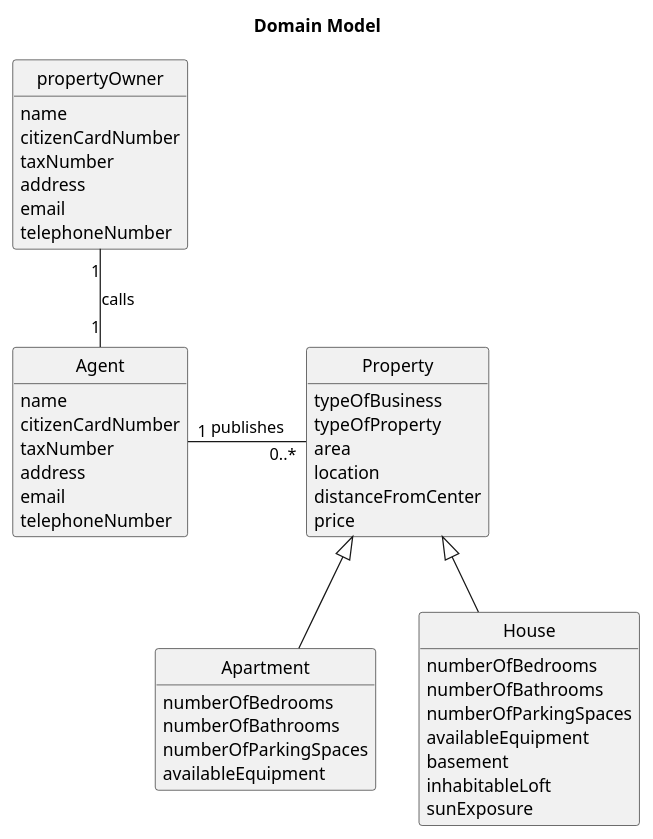
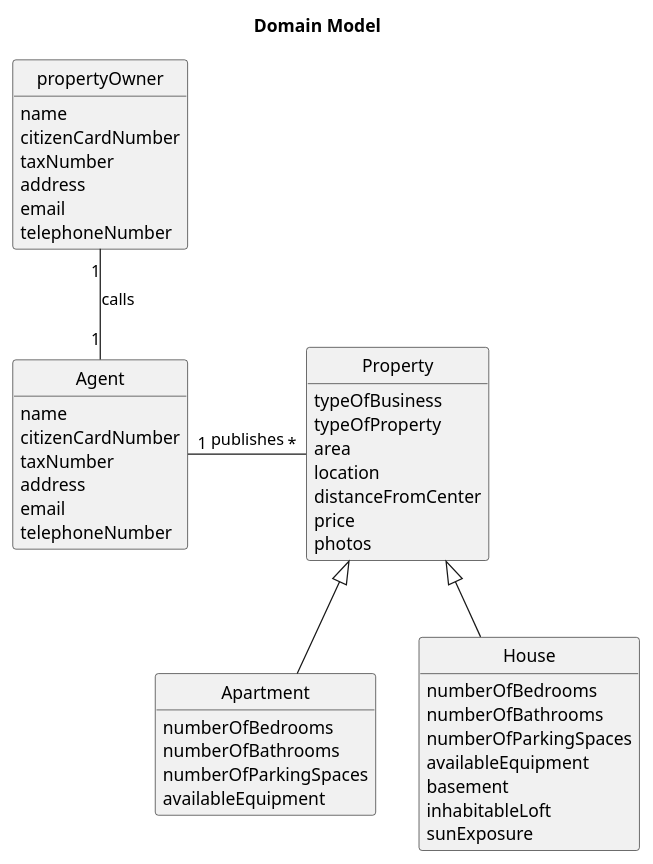
One commit to Goncalves2525/real-estate-management-system changed the diagram in docs/sprintA/us002/02.analysis/puml/us002-domain-model.puml. Above: the diagram before and after it, drawn with PlantUML. The commit also changed 1 other file, not shown here.

```diff
--- a/docs/sprintA/us002/02.analysis/puml/us002-domain-model.puml
+++ b/docs/sprintA/us002/02.analysis/puml/us002-domain-model.puml
@@ -1,80 +1,81 @@
 @startuml
 skinparam monochrome true
 skinparam packageStyle rectangle
 skinparam shadowing false
 skinparam classAttributeIconSize 0
 hide circle
 hide methods
 
 title Domain Model
 
 class propertyOwner {
     name
     citizenCardNumber
     taxNumber
     address
     email
     telephoneNumber
 }
 
 class Agent {
     name
     citizenCardNumber
     taxNumber
     address
     email
     telephoneNumber
 }
 
 'class Property{
 '    typeOfProperty
 '    area
 '    location
 '    distanceFromCityCentre
 '    requestedPrice
 '    photographs
 '    numberOfBedrooms
 '    numberOfBathrooms
 '    numberOfParkingSpaces
 '    availableEquipment
 '    hasBasement
 '    hasInhabitableLoft
 '    sunExposureValue
 '}
 
 class Property{
     typeOfBusiness
     typeOfProperty
     area
     location
     distanceFromCenter
     price
+    photos
 }
 
-class Apartment{
+class Apartment extends Property{
     numberOfBedrooms
     numberOfBathrooms
     numberOfParkingSpaces
     availableEquipment
 }
 
-class House{
+class House extends Property{
     numberOfBedrooms
     numberOfBathrooms
     numberOfParkingSpaces
     availableEquipment
     basement
     inhabitableLoft
     sunExposure
 }
 
 'class Land{
 '
 '}
 
 propertyOwner "1" -- "1" Agent : calls
-Agent "1" - "0..*" Property: publishes
-Property <|-- House
-Property <|-- Apartment
+Agent "1" - "*" Property: publishes
+'Property <|-- House
+'Property <|-- Apartment
 'Property <|-- Land
 @enduml
```
